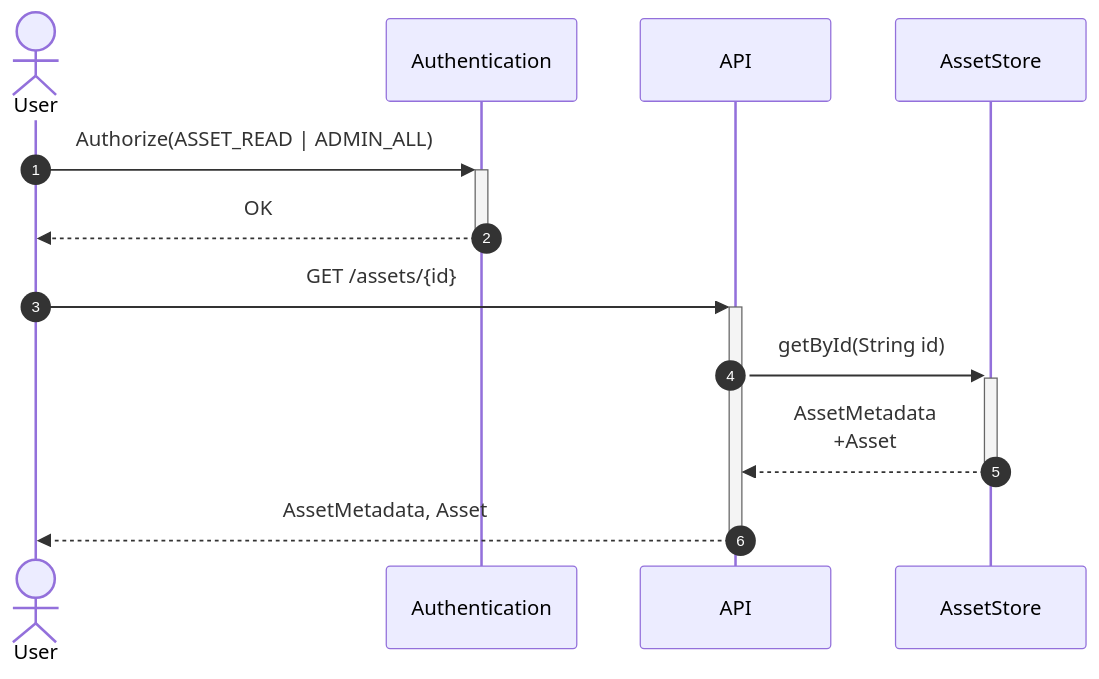
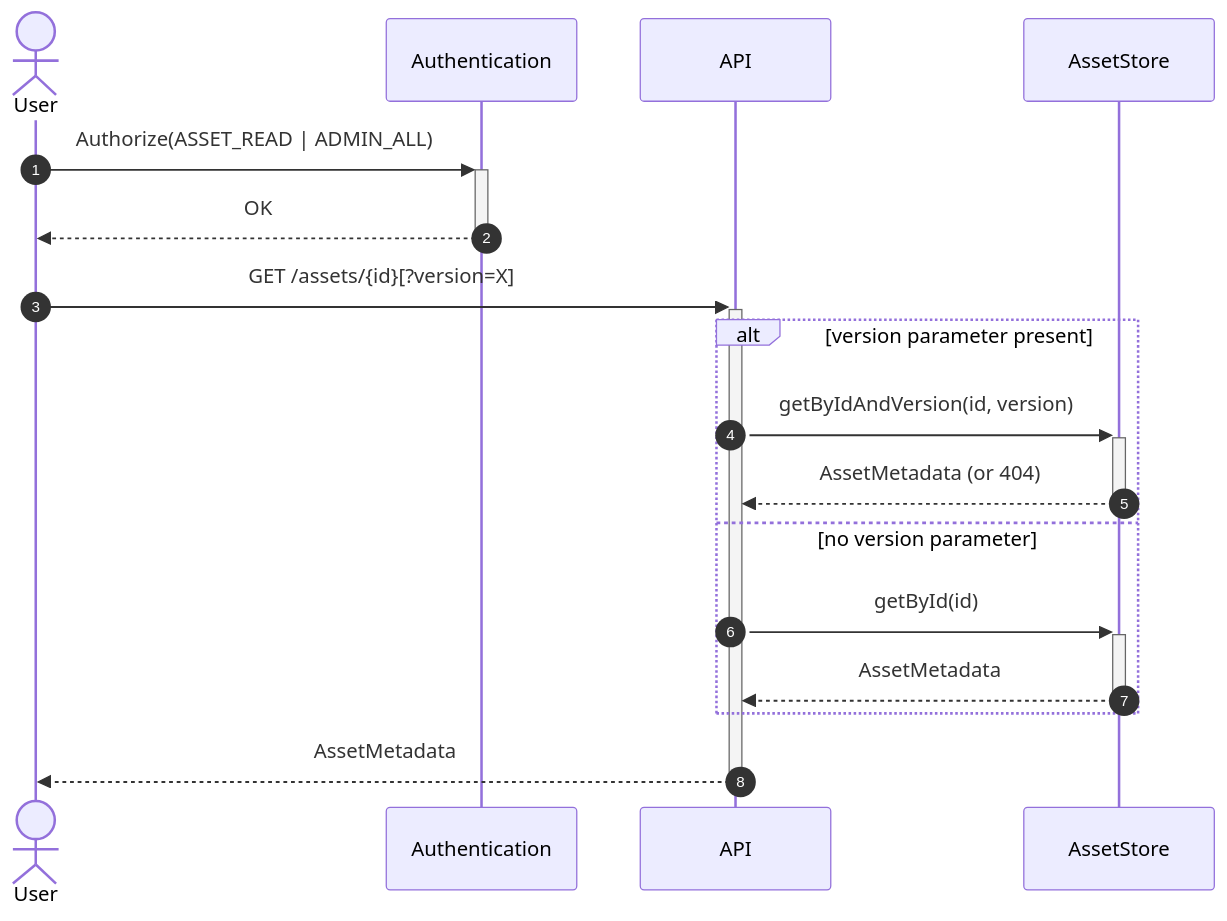
One commit to federated-catalogue-enhancements-2026/docs changed diagram 16 of 39 in federated-catalogue/src/docs/architecture/chapters/06_runtime_view.adoc. Above: the diagram before and after it, drawn with Mermaid. The commit also changed other lines of this file and 1 other file, not shown here.

First line of the commit message:
docs: update architecture docs for asset versioning (CAT-FR-LM-01)

```diff
--- a/federated-catalogue/src/docs/architecture/chapters/06_runtime_view.adoc
+++ b/federated-catalogue/src/docs/architecture/chapters/06_runtime_view.adoc
@@ -561,15 +561,20 @@
 [mermaid, width=2000]
 ....
 sequenceDiagram
     autonumber
     actor User
     participant Auth as Authentication
     participant API
     participant AssetStore as AssetStore
     User ->> + Auth:Authorize(ASSET_READ | ADMIN_ALL)
     Auth -->> - User:OK
-    User ->> + API:GET /assets/{id}
-    API ->> + AssetStore: getById(String id)
-    AssetStore -->> - API: AssetMetadata<br>+Asset
-    API -->> - User:AssetMetadata, Asset
+    User ->> + API:GET /assets/{id}[?version=X]
+    alt version parameter present
+        API ->> + AssetStore: getByIdAndVersion(id, version)
+        AssetStore -->> - API: AssetMetadata (or 404)
+    else no version parameter
+        API ->> + AssetStore: getById(id)
+        AssetStore -->> - API: AssetMetadata
+    end
+    API -->> - User:AssetMetadata
 ....
```
